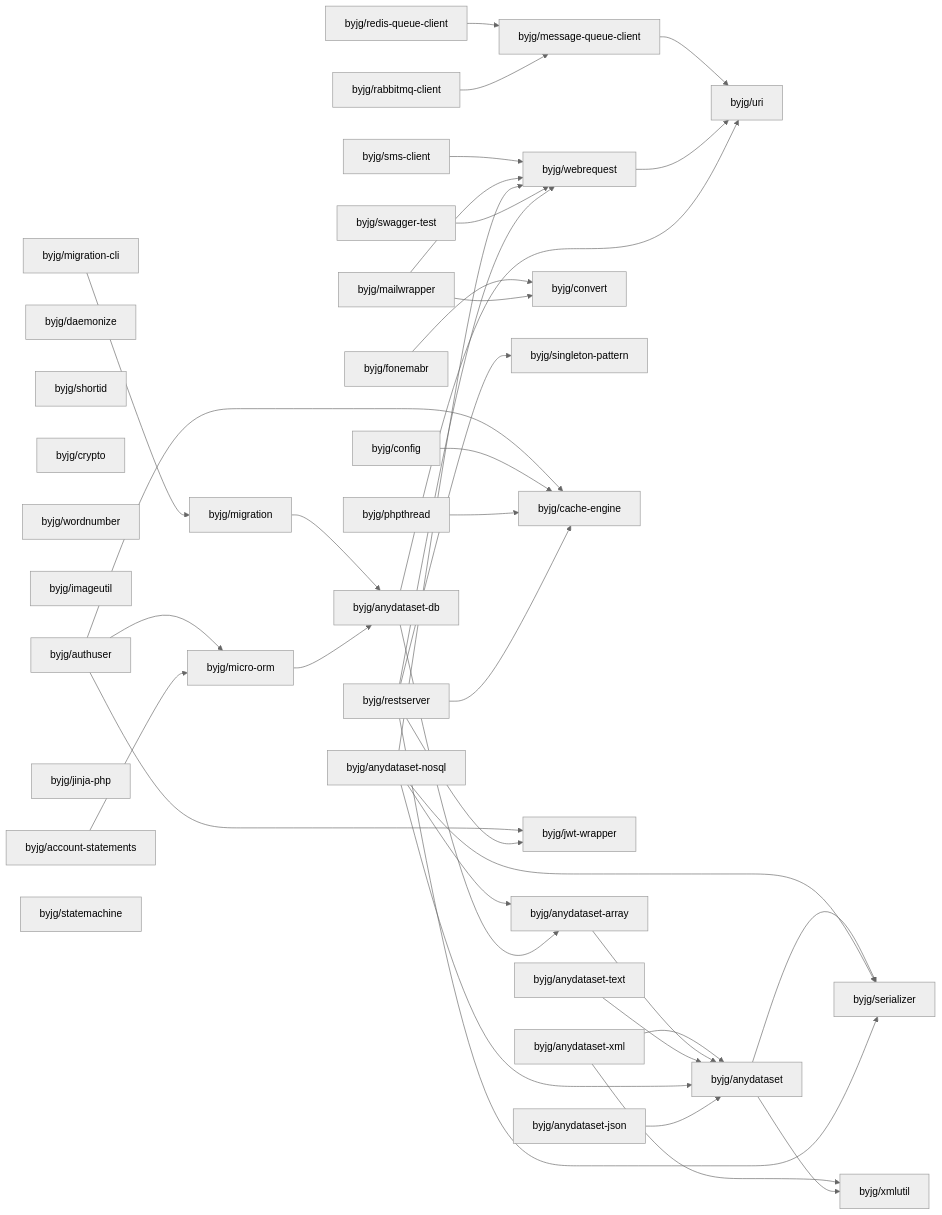
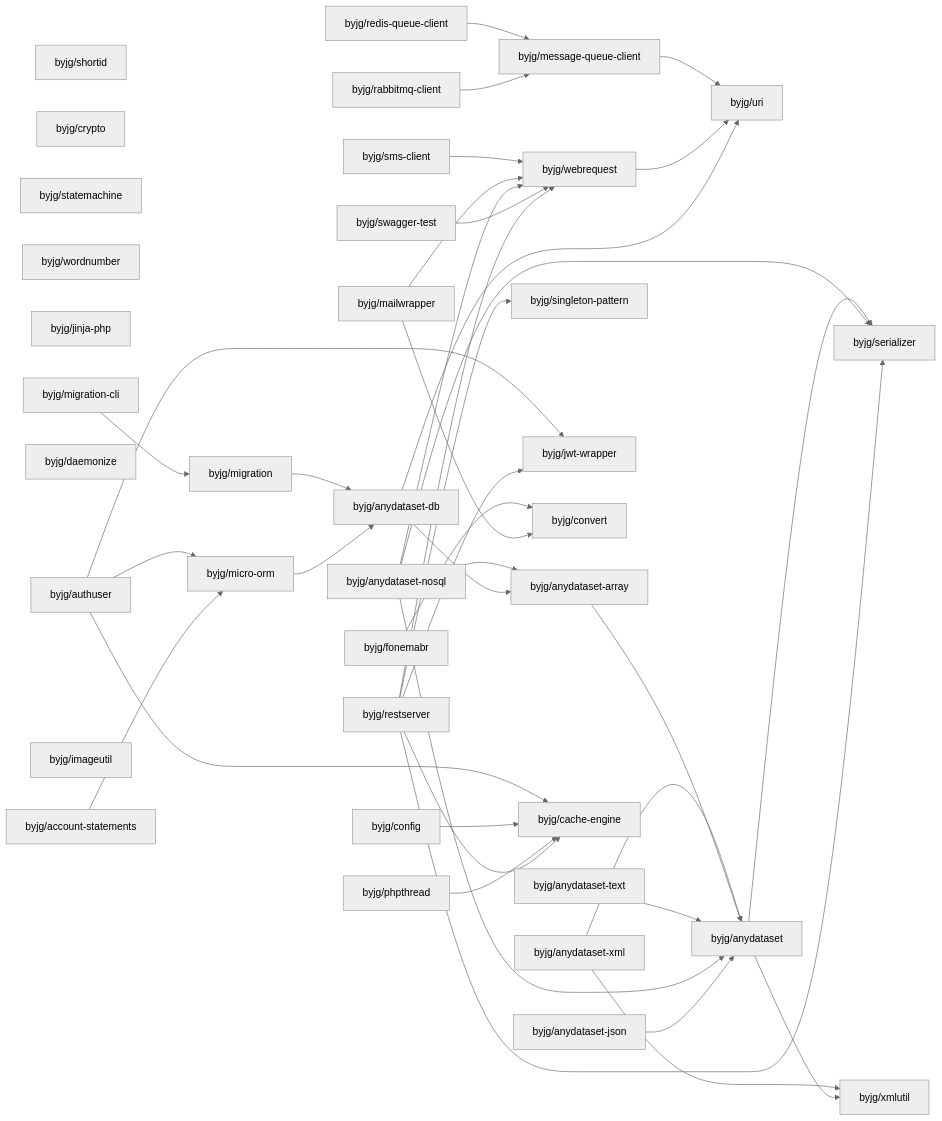
Before and after one commit to byjg/byjg.github.io: the diagram in docs/php/README.md, drawn with Mermaid (neutral theme). The commit also changed other lines of this file, not shown here.

Commit message:
Update documentation 'php' 'php-jinja'

````diff
--- a/docs/php/README.md
+++ b/docs/php/README.md
@@ -3,76 +3,76 @@
 ```mermaid
 graph LR;
+  byjg/shortid;
+  byjg/phpthread;
+  byjg/swagger-test;
+  byjg/fonemabr;
+  byjg/redis-queue-client;
+  byjg/anydataset-nosql;
+  byjg/crypto;
+  byjg/statemachine;
+  byjg/anydataset-xml;
+  byjg/anydataset-json;
+  byjg/anydataset-text;
+  byjg/rabbitmq-client;
+  byjg/wordnumber;
+  byjg/restserver;
+  byjg/jinja-php;
+  byjg/authuser;
+  byjg/daemonize;
+  byjg/sms-client;
   byjg/account-statements;
-  byjg/sms-client;
-  byjg/daemonize;
+  byjg/mailwrapper;
+  byjg/imageutil;
   byjg/config;
-  byjg/anydataset-xml;
-  byjg/shortid;
-  byjg/mailwrapper;
-  byjg/crypto;
-  byjg/anydataset-nosql;
-  byjg/rabbitmq-client;
-  byjg/fonemabr;
-  byjg/wordnumber;
-  byjg/anydataset-text;
-  byjg/restserver;
-  byjg/anydataset-json;
-  byjg/imageutil;
-  byjg/phpthread;
-  byjg/authuser;
-  byjg/jinja-php;
-  byjg/redis-queue-client;
   byjg/migration-cli;
-  byjg/swagger-test;
-  byjg/statemachine;
+  byjg/message-queue-client;
+  byjg/singleton-pattern;
+  byjg/jwt-wrapper;
+  byjg/micro-orm;
   byjg/convert;
-  byjg/singleton-pattern;
-  byjg/micro-orm;
+  byjg/webrequest;
   byjg/cache-engine;
-  byjg/jwt-wrapper;
-  byjg/message-queue-client;
   byjg/migration;
-  byjg/webrequest;
   byjg/anydataset-db;
   byjg/anydataset-array;
   byjg/uri;
   byjg/anydataset;
   byjg/serializer;
   byjg/xmlutil;
   byjg/anydataset-xml --> byjg/anydataset;
   byjg/anydataset-xml --> byjg/xmlutil;
   byjg/anydataset-array --> byjg/anydataset;
   byjg/authuser --> byjg/micro-orm;
   byjg/authuser --> byjg/cache-engine;
   byjg/authuser --> byjg/jwt-wrapper;
   byjg/config --> byjg/cache-engine;
   byjg/anydataset --> byjg/serializer;
   byjg/anydataset --> byjg/xmlutil;
   byjg/account-statements --> byjg/micro-orm;
   byjg/migration --> byjg/anydataset-db;
   byjg/fonemabr --> byjg/convert;
   byjg/sms-client --> byjg/webrequest;
   byjg/message-queue-client --> byjg/uri;
   byjg/mailwrapper --> byjg/convert;
   byjg/mailwrapper --> byjg/webrequest;
   byjg/webrequest --> byjg/uri;
   byjg/redis-queue-client --> byjg/message-queue-client;
   byjg/anydataset-text --> byjg/anydataset;
   byjg/migration-cli --> byjg/migration;
   byjg/micro-orm --> byjg/anydataset-db;
   byjg/phpthread --> byjg/cache-engine;
   byjg/anydataset-nosql --> byjg/anydataset;
   byjg/anydataset-nosql --> byjg/anydataset-array;
   byjg/anydataset-nosql --> byjg/serializer;
   byjg/anydataset-nosql --> byjg/webrequest;
   byjg/swagger-test --> byjg/webrequest;
   byjg/rabbitmq-client --> byjg/message-queue-client;
   byjg/anydataset-db --> byjg/anydataset-array;
   byjg/anydataset-db --> byjg/uri;
   byjg/anydataset-json --> byjg/anydataset;
   byjg/restserver --> byjg/serializer;
   byjg/restserver --> byjg/singleton-pattern;
   byjg/restserver --> byjg/cache-engine;
   byjg/restserver --> byjg/webrequest;
   byjg/restserver --> byjg/jwt-wrapper;
 ```
````
